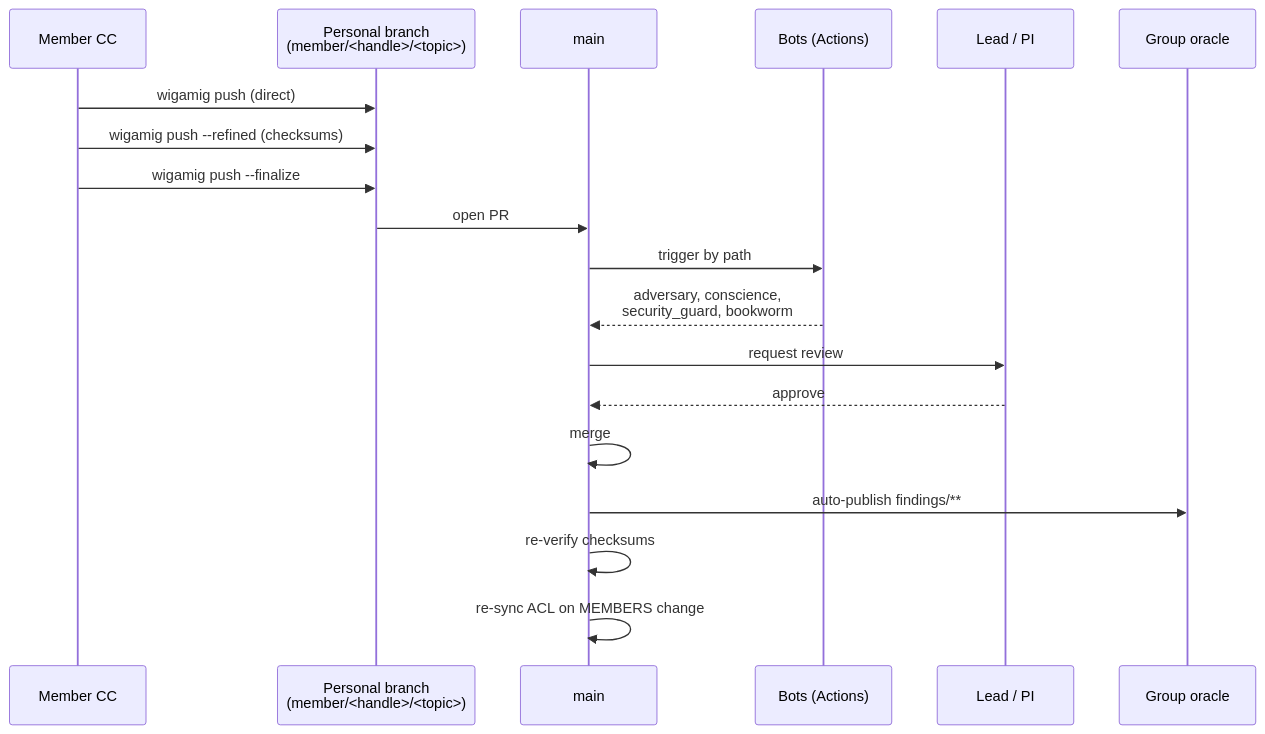
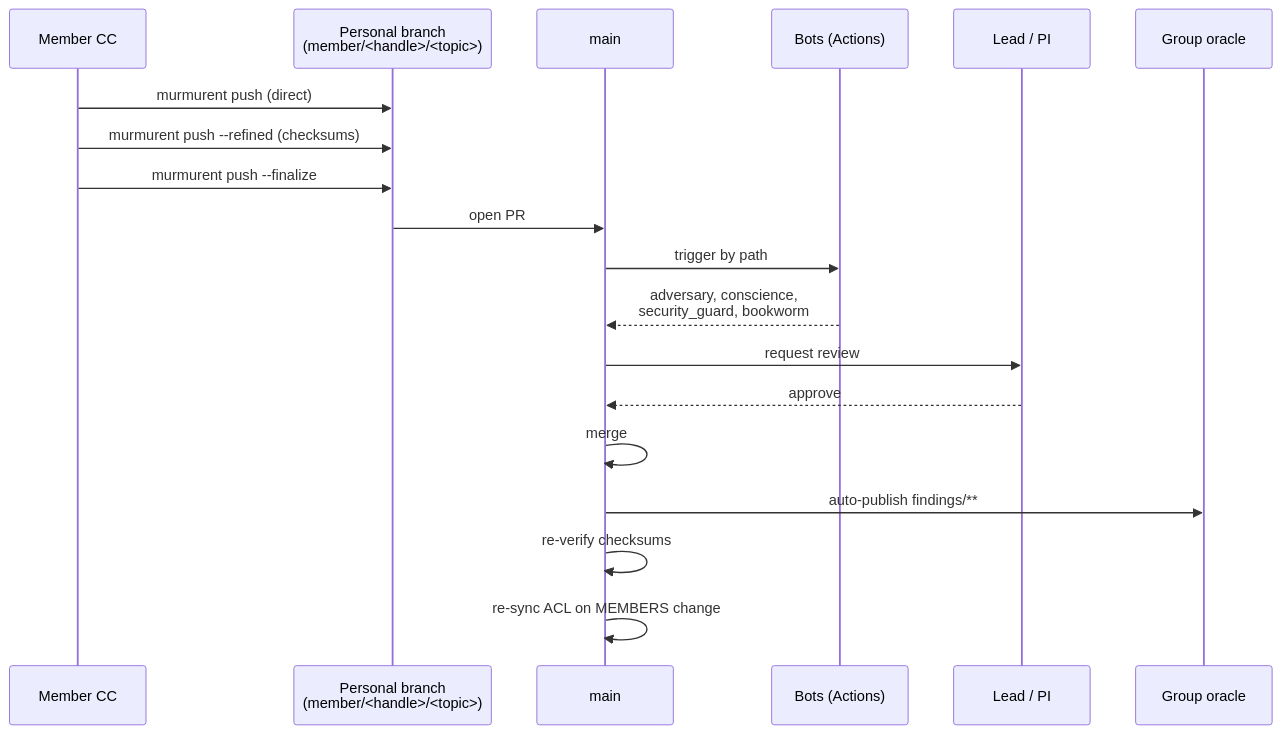
One commit to hallettmiket/murmurent changed the third of 7 diagrams in docs/diagrams.md. Above: the diagram before and after it, drawn with Mermaid. The commit also changed other lines of this file and 38 other files, not shown here.

````diff
--- a/docs/diagrams.md
+++ b/docs/diagrams.md
@@ -78,21 +78,21 @@
 ```mermaid
 sequenceDiagram
     participant M as Member CC
     participant PB as Personal branch<br/>(member/<handle>/<topic>)
     participant Main as main
     participant Bots as Bots (Actions)
     participant Reviewer as Lead / PI
     participant Oracle as Group oracle
-    M->>PB: wigamig push (direct)
-    M->>PB: wigamig push --refined (checksums)
-    M->>PB: wigamig push --finalize
+    M->>PB: murmurent push (direct)
+    M->>PB: murmurent push --refined (checksums)
+    M->>PB: murmurent push --finalize
     PB->>Main: open PR
     Main->>Bots: trigger by path
     Bots-->>Main: adversary, conscience,<br/>security_guard, bookworm
     Main->>Reviewer: request review
     Reviewer-->>Main: approve
     Main->>Main: merge
     Main->>Oracle: auto-publish findings/**
     Main->>Main: re-verify checksums
     Main->>Main: re-sync ACL on MEMBERS change
 ```
````
